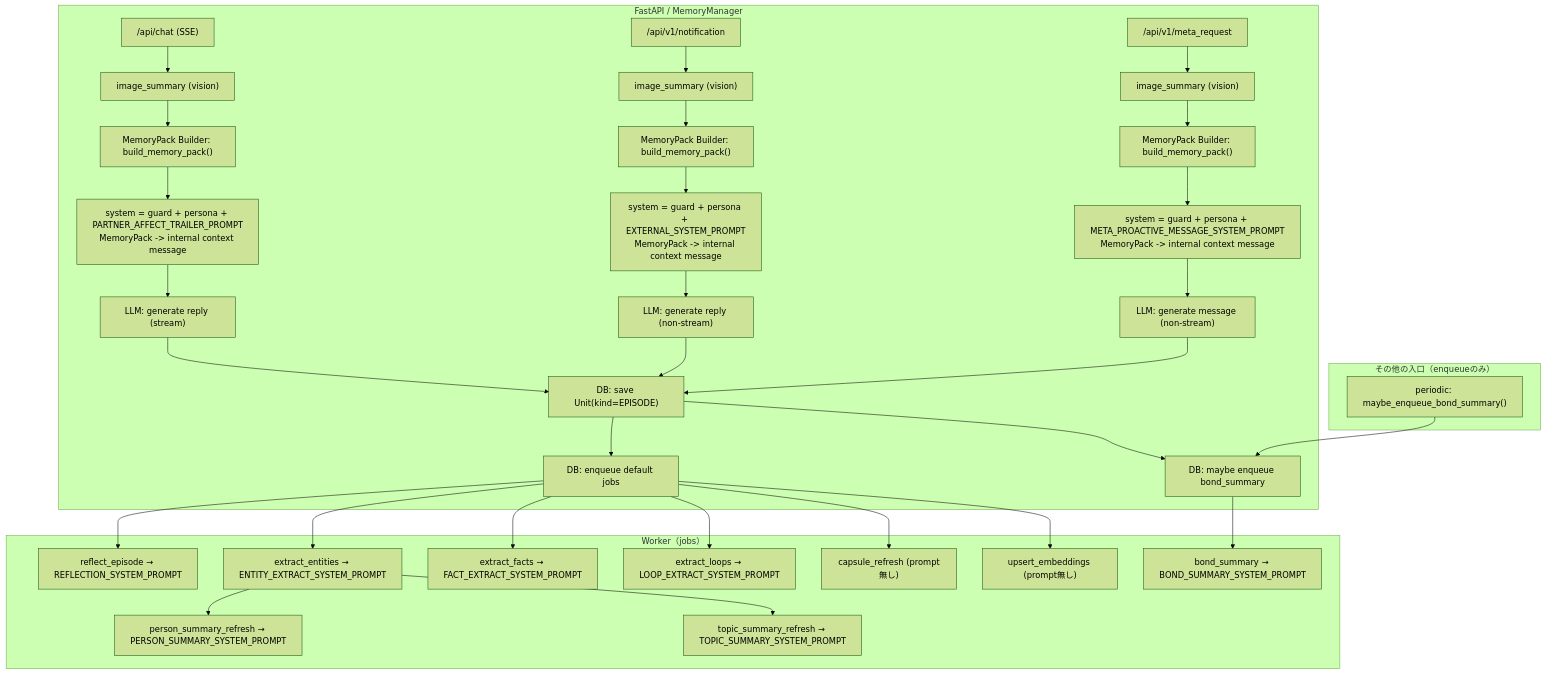
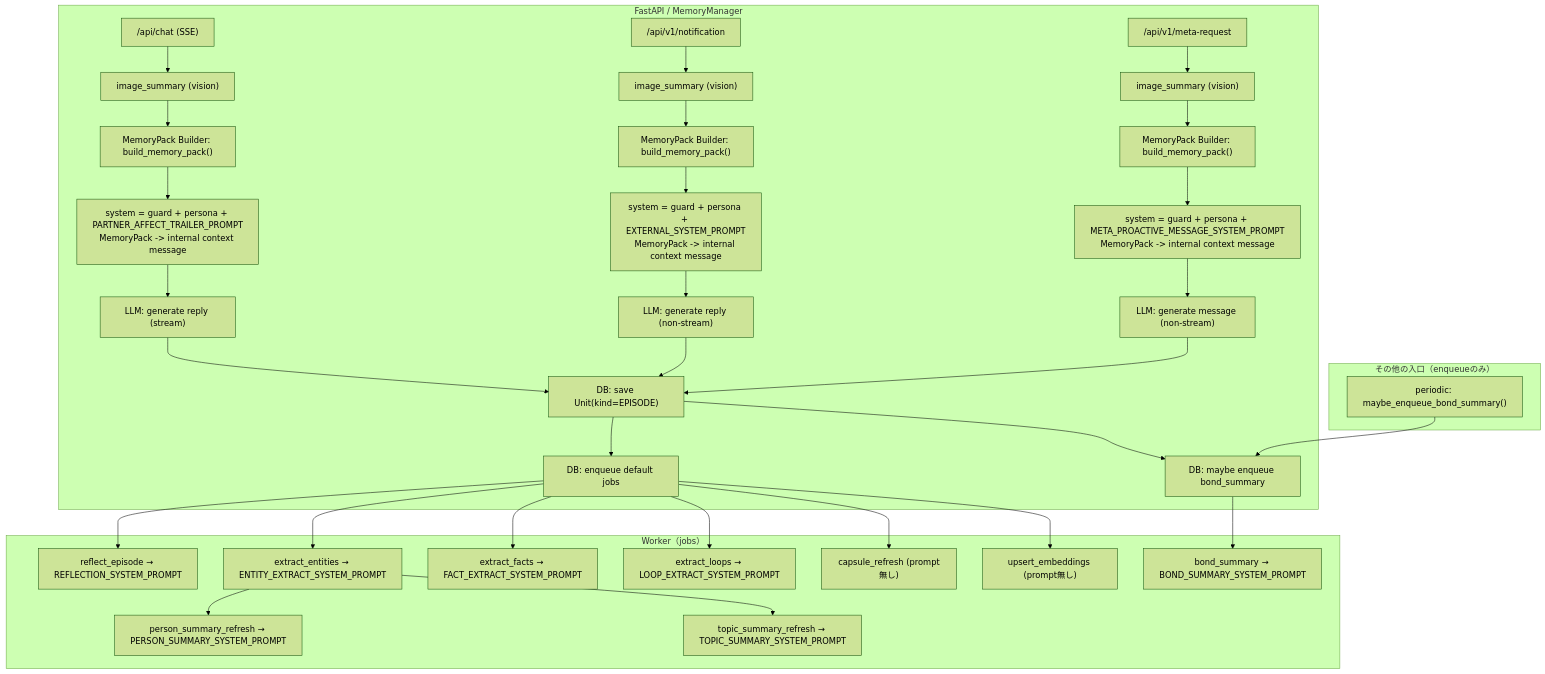
One commit to hirona98/cocoro_ghost changed the first of 4 diagrams in docs/prompt_usage_map.md. Above: the diagram before and after it, drawn with Mermaid (forest theme). The commit also changed other lines of this file and 9 other files, not shown here.

````diff
--- a/docs/prompt_usage_map.md
+++ b/docs/prompt_usage_map.md
@@ -31,43 +31,43 @@
 ```mermaid
 flowchart TD
   subgraph API["FastAPI / MemoryManager"]
     CHAT["/api/chat (SSE)"] --> IMGC["image_summary (vision)"]
     NOTIF["/api/v1/notification"] --> IMGN["image_summary (vision)"]
-    META["/api/v1/meta_request"] --> IMGM["image_summary (vision)"]
+    META["/api/v1/meta-request"] --> IMGM["image_summary (vision)"]
 
     IMGC --> PACK["MemoryPack Builder: build_memory_pack()"]
     IMGN --> PACKN["MemoryPack Builder: build_memory_pack()"]
     IMGM --> PACKM["MemoryPack Builder: build_memory_pack()"]
 
     PACK --> SYS_CHAT["system = guard + persona + PARTNER_AFFECT_TRAILER_PROMPT\nMemoryPack -> internal context message"]
     PACKN --> SYS_NOTIF["system = guard + persona + EXTERNAL_SYSTEM_PROMPT\nMemoryPack -> internal context message"]
     PACKM --> SYS_META["system = guard + persona + META_PROACTIVE_MESSAGE_SYSTEM_PROMPT\nMemoryPack -> internal context message"]
 
     SYS_CHAT --> LLM_CHAT["LLM: generate reply (stream)"]
     SYS_NOTIF --> LLM_NOTIF["LLM: generate reply (non-stream)"]
     SYS_META --> LLM_META["LLM: generate message (non-stream)"]
 
     LLM_CHAT --> SAVE_EP["DB: save Unit(kind=EPISODE)"]
     LLM_NOTIF --> SAVE_EP
     LLM_META --> SAVE_EP
 
     SAVE_EP --> ENQ["DB: enqueue default jobs"]
     SAVE_EP --> ENQW_MAYBE["DB: maybe enqueue bond_summary"]
   end
 
   subgraph WORKER["Worker（jobs）"]
     ENQ --> REFLECT["reflect_episode → REFLECTION_SYSTEM_PROMPT"]
     ENQ --> ENT["extract_entities → ENTITY_EXTRACT_SYSTEM_PROMPT"]
     ENQ --> FACT["extract_facts → FACT_EXTRACT_SYSTEM_PROMPT"]
     ENQ --> LOOP["extract_loops → LOOP_EXTRACT_SYSTEM_PROMPT"]
     ENQ --> CAPR["capsule_refresh (prompt無し)"]
     ENQ --> EMB["upsert_embeddings (prompt無し)"]
     ENT --> PERS["person_summary_refresh → PERSON_SUMMARY_SYSTEM_PROMPT"]
     ENT --> TOP["topic_summary_refresh → TOPIC_SUMMARY_SYSTEM_PROMPT"]
     ENQW_MAYBE --> WEEK["bond_summary → BOND_SUMMARY_SYSTEM_PROMPT"]
   end
 
   subgraph OTHER["その他の入口（enqueueのみ）"]
     PERIODIC["periodic: maybe_enqueue_bond_summary()"] --> ENQW_MAYBE
   end
 ```
````
